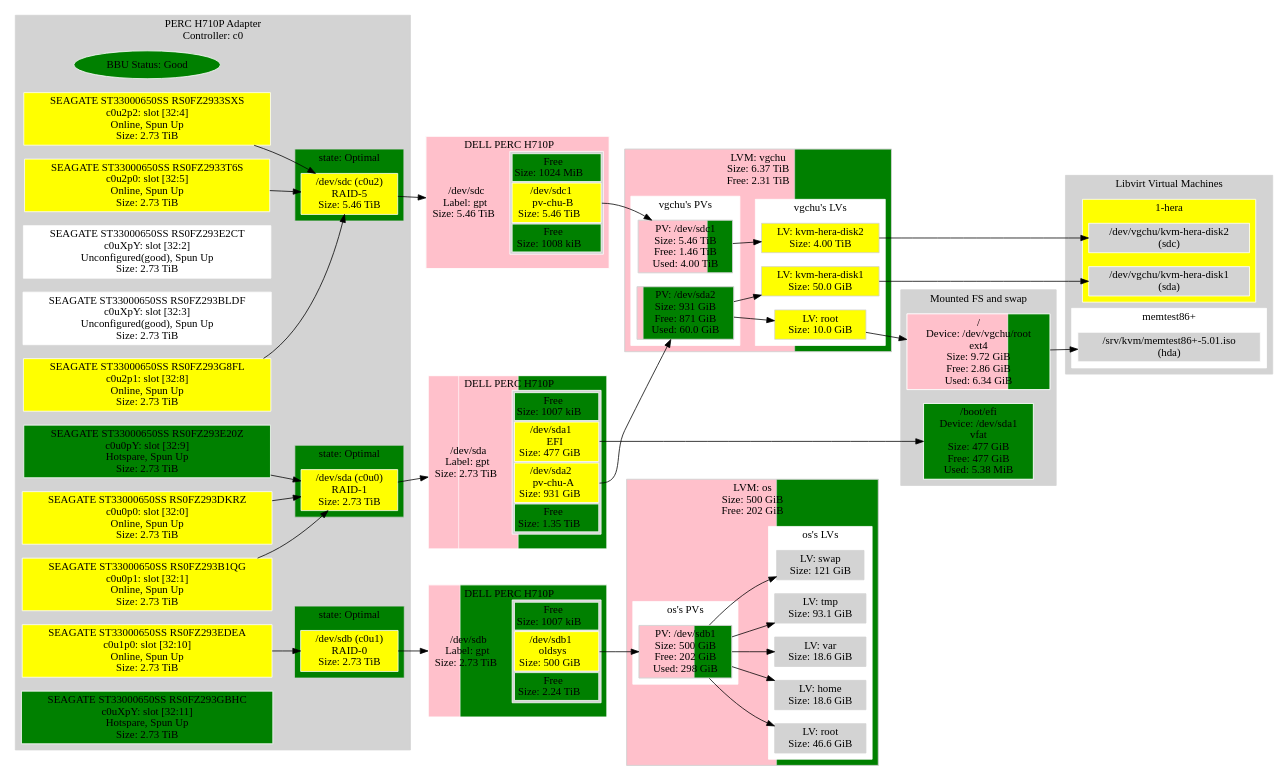
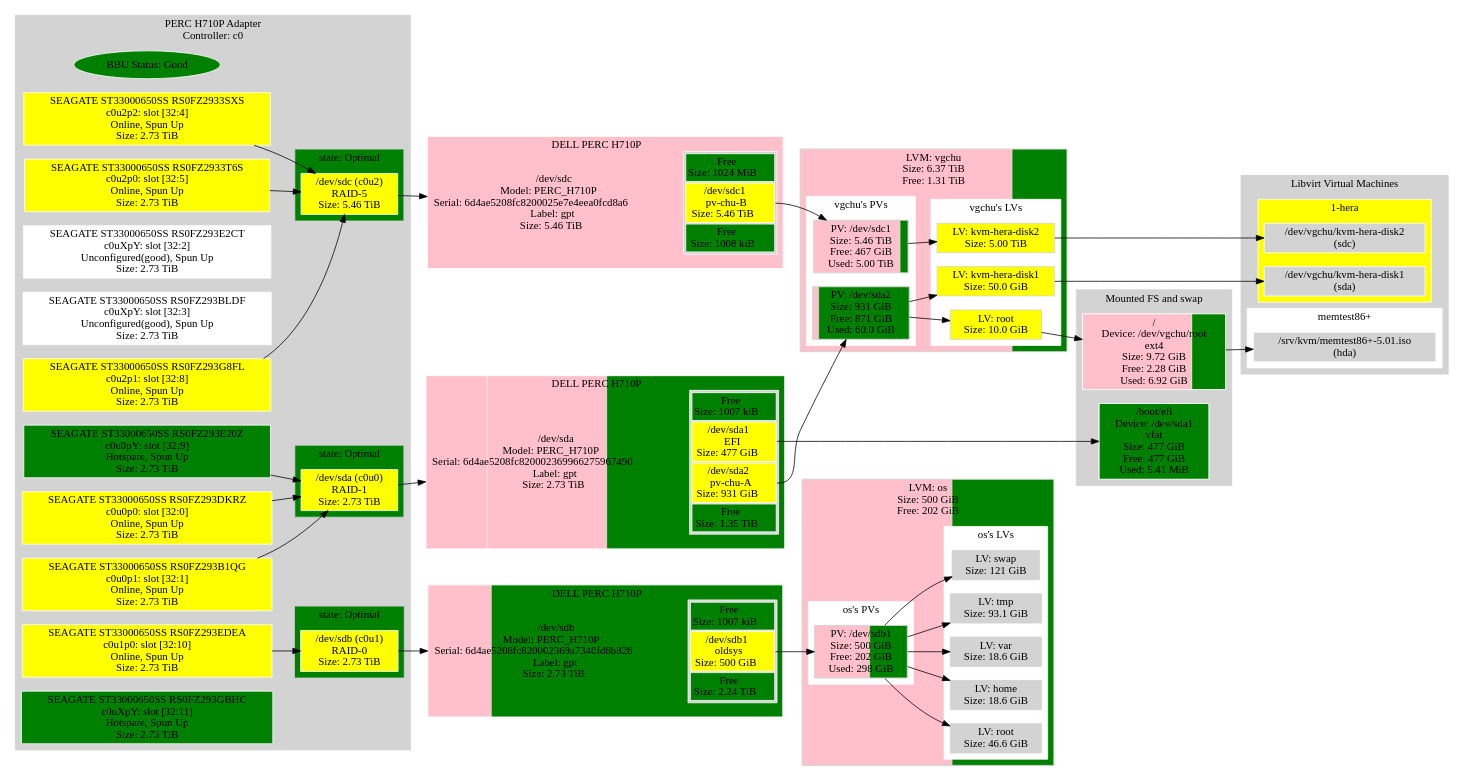
Before and after one commit to metacpan/metacpan-cpan-extracted: the diagram in distros/S/StorageDisplay/data/ge95142.ref.dot, drawn with Graphviz. The commit also changed 2801 other files, not shown here.

```diff
--- a/distros/S/StorageDisplay/data/ge95142.ref.dot
+++ b/distros/S/StorageDisplay/data/ge95142.ref.dot
@@ -2,7 +2,7 @@
 	rankdir=LR;
 	{ "@Part: sda" [
 		label=<<TABLE BORDER="0" CELLPADDING="0" CELLSPACING="0">
-				<TR> <TD COLSPAN="2">DELL PERC H710P</TD> </TR><TR><TD >/dev/sda<BR/>Label: gpt<BR/>Size: 2.73 TiB</TD>    <TD BGCOLOR="lightgrey">
+				<TR> <TD COLSPAN="2">DELL PERC H710P</TD> </TR><TR><TD >/dev/sda<BR/>Model: PERC_H710P<BR/>Serial: 6d4ae5208fc820002369966275967490<BR/>Label: gpt<BR/>Size: 2.73 TiB</TD>    <TD BGCOLOR="lightgrey">
 				<TABLE >
 					<TR>
 						<TD bgcolor="green">
@@ -37,7 +37,7 @@
 	]; }
 	{ "@Part: sdb" [
 		label=<<TABLE BORDER="0" CELLPADDING="0" CELLSPACING="0">
-				<TR> <TD COLSPAN="2">DELL PERC H710P</TD> </TR><TR><TD >/dev/sdb<BR/>Label: gpt<BR/>Size: 2.73 TiB</TD>    <TD BGCOLOR="lightgrey">
+				<TR> <TD COLSPAN="2">DELL PERC H710P</TD> </TR><TR><TD >/dev/sdb<BR/>Model: PERC_H710P<BR/>Serial: 6d4ae5208fc820002369a7340fd8b826<BR/>Label: gpt<BR/>Size: 2.73 TiB</TD>    <TD BGCOLOR="lightgrey">
 				<TABLE >
 					<TR>
 						<TD bgcolor="green">
@@ -67,7 +67,7 @@
 	]; }
 	{ "@Part: sdc" [
 		label=<<TABLE BORDER="0" CELLPADDING="0" CELLSPACING="0">
-				<TR> <TD COLSPAN="2">DELL PERC H710P</TD> </TR><TR><TD >/dev/sdc<BR/>Label: gpt<BR/>Size: 5.46 TiB</TD>    <TD BGCOLOR="lightgrey">
+				<TR> <TD COLSPAN="2">DELL PERC H710P</TD> </TR><TR><TD >/dev/sdc<BR/>Model: PERC_H710P<BR/>Serial: 6d4ae5208fc8200025e7e4eea0fcd8a6<BR/>Label: gpt<BR/>Size: 5.46 TiB</TD>    <TD BGCOLOR="lightgrey">
 				<TABLE >
 					<TR>
 						<TD bgcolor="green">
@@ -150,8 +150,8 @@
 				style=striped;fillcolor="pink;0.064425.2:green"
 			]; }
 			{ "LVM@vgchu@PV@sdc1" [
-				label="PV: /dev/sdc1\nSize: 5.46 TiB\nFree: 1.46 TiB\nUsed: 4.00 TiB";
-				style=striped;fillcolor="pink;0.733131.2:green"
+				label="PV: /dev/sdc1\nSize: 5.46 TiB\nFree: 467 GiB\nUsed: 5.00 TiB";
+				style=striped;fillcolor="pink;0.916414.2:green"
 			]; }
 			label="vgchu's PVs";
 		}
@@ -163,7 +163,7 @@
 				fillcolor="yellow"
 			]; }
 			{ "dm-7" [
-				label="LV: kvm-hera-disk2\nSize: 4.00 TiB";
+				label="LV: kvm-hera-disk2\nSize: 5.00 TiB";
 				fillcolor="yellow"
 			]; }
 			{ "dm-0" [
@@ -172,8 +172,8 @@
 			]; }
 			label="vgchu's LVs";
 		}
-		label="LVM: vgchu\nSize: 6.37 TiB\nFree: 2.31 TiB";
-		style=striped;fillcolor="pink;0.637588.2:green"
+		label="LVM: vgchu\nSize: 6.37 TiB\nFree: 1.31 TiB";
+		style=striped;fillcolor="pink;0.794684.2:green"
 	}
 	subgraph "cluster_@LSIMegacli@0" {
 		style=filled;
@@ -260,11 +260,11 @@
 		fillcolor=lightgrey;
 		node [style=filled,color=white,fillcolor=lightgrey,shape=rectangle];
 		{ "@FS@/" [
-			label="/\nDevice: /dev/vgchu/root\next4\nSize: 9.72 GiB\nFree: 2.86 GiB\nUsed: 6.34 GiB";
-			style=striped;fillcolor="pink;0.705692.2:green"
+			label="/\nDevice: /dev/vgchu/root\next4\nSize: 9.72 GiB\nFree: 2.28 GiB\nUsed: 6.92 GiB";
+			style=striped;fillcolor="pink;0.765154.2:green"
 		]; }
 		{ "@FS@/boot/efi" [
-			label="/boot/efi\nDevice: /dev/sda1\nvfat\nSize: 477 GiB\nFree: 477 GiB\nUsed: 5.38 MiB";
+			label="/boot/efi\nDevice: /dev/sda1\nvfat\nSize: 477 GiB\nFree: 477 GiB\nUsed: 5.41 MiB";
 			style=striped;fillcolor="pink;0.000011.2:green"
 		]; }
 		label="Mounted FS and swap";
```
